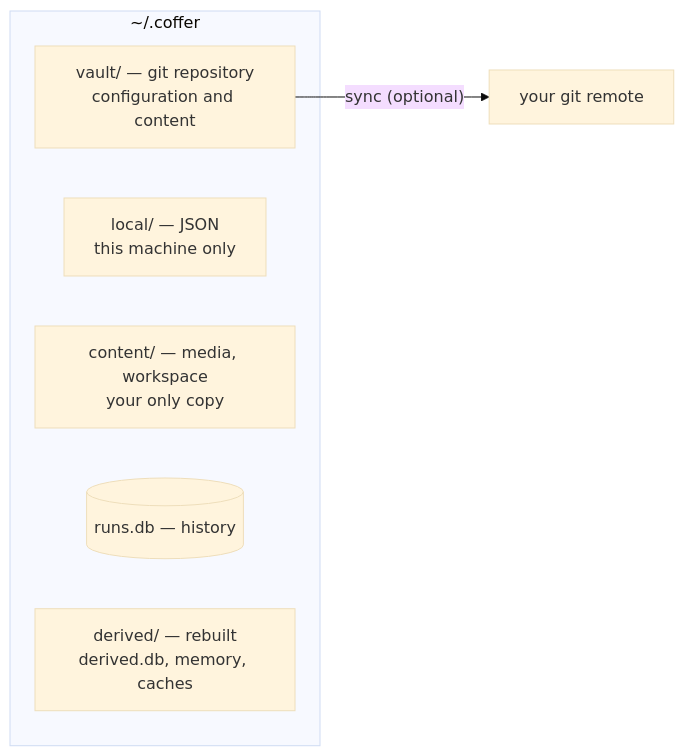
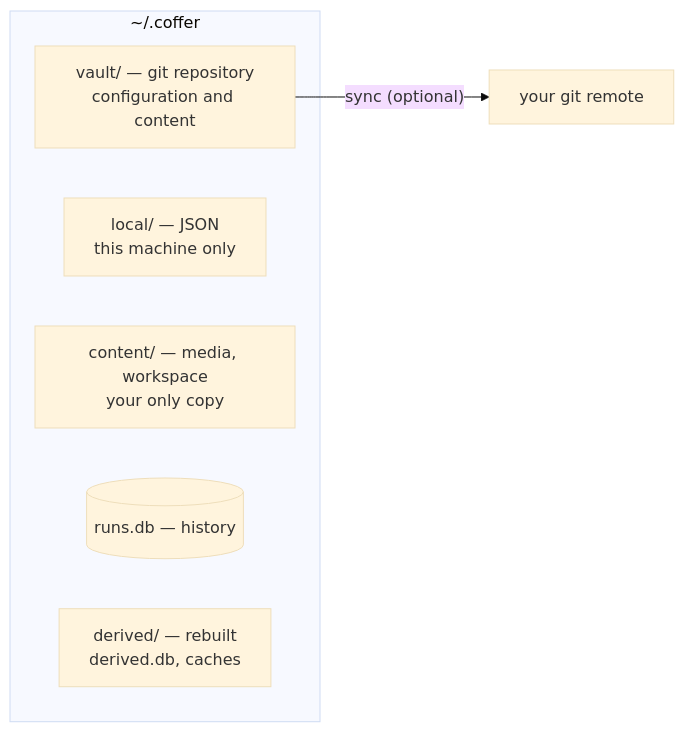
The first of 3 diagrams in docs-site/architecture/persistence.md (wyx-sg/Coffer), drawn with Mermaid (base theme) before and after one commit. The commit also changed other lines of this file and 521 other files, not shown here.

````diff
--- a/docs-site/architecture/persistence.md
+++ b/docs-site/architecture/persistence.md
@@ -39,11 +39,11 @@
 ```mermaid
 flowchart LR
   subgraph home["~/.coffer"]
     V["vault/ — git repository<br/>configuration and content"]
     L["local/ — JSON<br/>this machine only"]
     C["content/ — media, workspace<br/>your only copy"]
     R[("runs.db — history")]
-    D["derived/ — rebuilt<br/>derived.db, memory, caches"]
+    D["derived/ — rebuilt<br/>derived.db, caches"]
   end
   V -- "sync (optional)" --> Remote["your git remote"]
 ```
````
